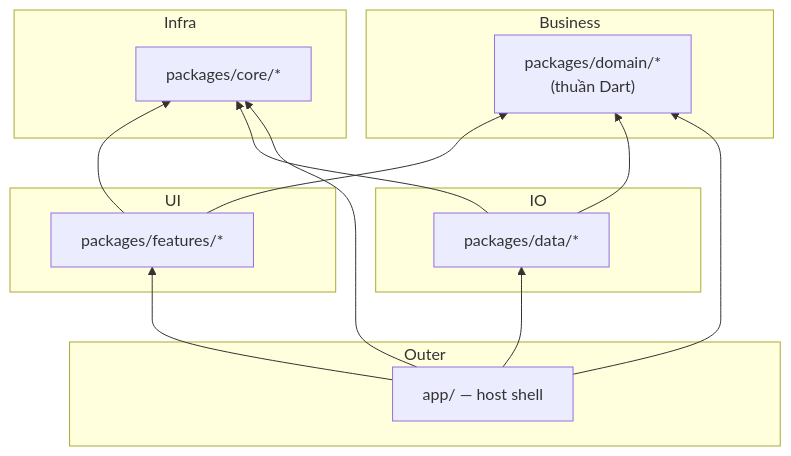
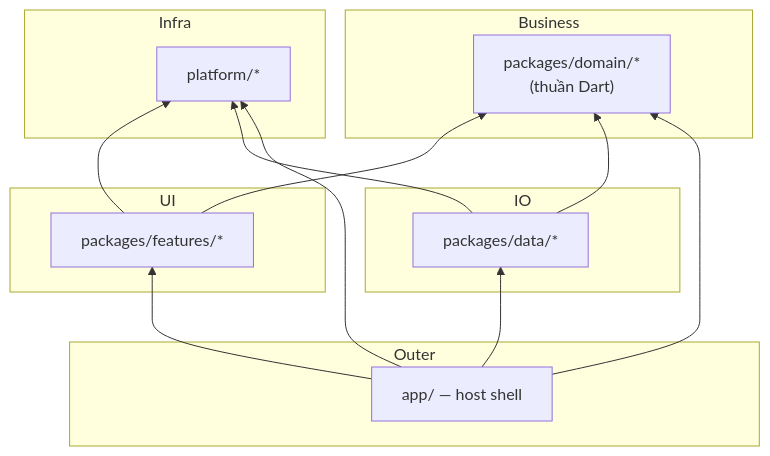
Before and after one commit to CaoGiaHieu-dev/flutter-monorepo-codebase: the diagram in docs/vi/getting-started/02_project_tour.md, drawn with Mermaid. The commit also changed other lines of this file and 392 other files, not shown here.

First line of the commit message:
refactor: move packages/core/* to platform/*

````diff
--- a/docs/vi/getting-started/02_project_tour.md
+++ b/docs/vi/getting-started/02_project_tour.md
@@ -99,27 +99,27 @@
 ```mermaid
 graph BT
     subgraph Outer
         App["app/ — host shell"]
     end
     subgraph UI
         Features["packages/features/*"]
     end
     subgraph Business
         Domain["packages/domain/*<br/>(thuần Dart)"]
     end
     subgraph IO
         Data["packages/data/*"]
     end
     subgraph Infra
-        Core["packages/core/*"]
+        Core["platform/*"]
     end
 
     Features --> Domain
     Data --> Domain
     Features --> Core
     Data --> Core
     App --> Features
     App --> Data
     App --> Domain
     App --> Core
 ```
````
